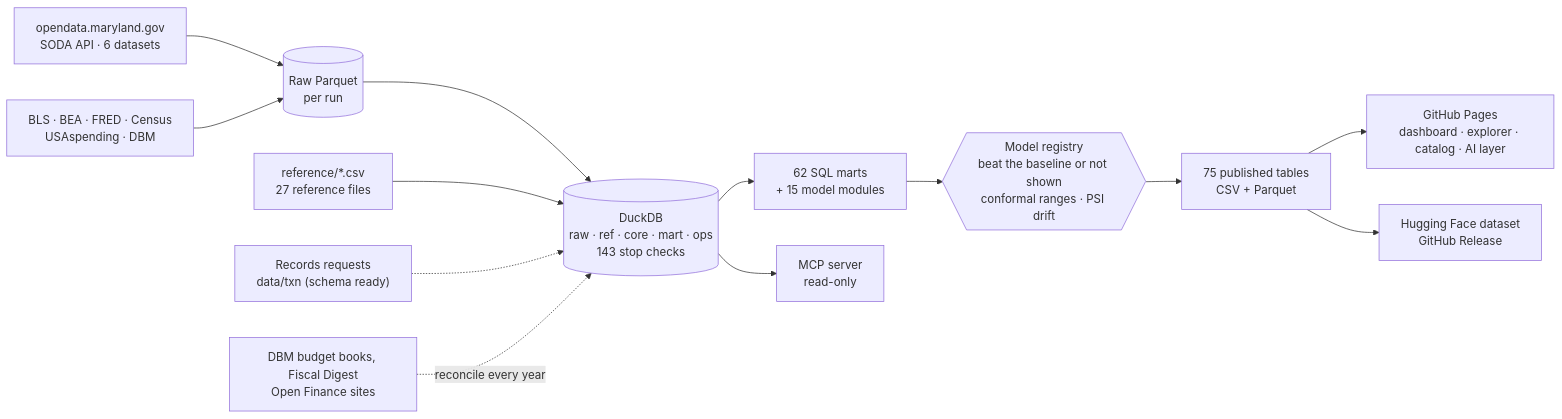
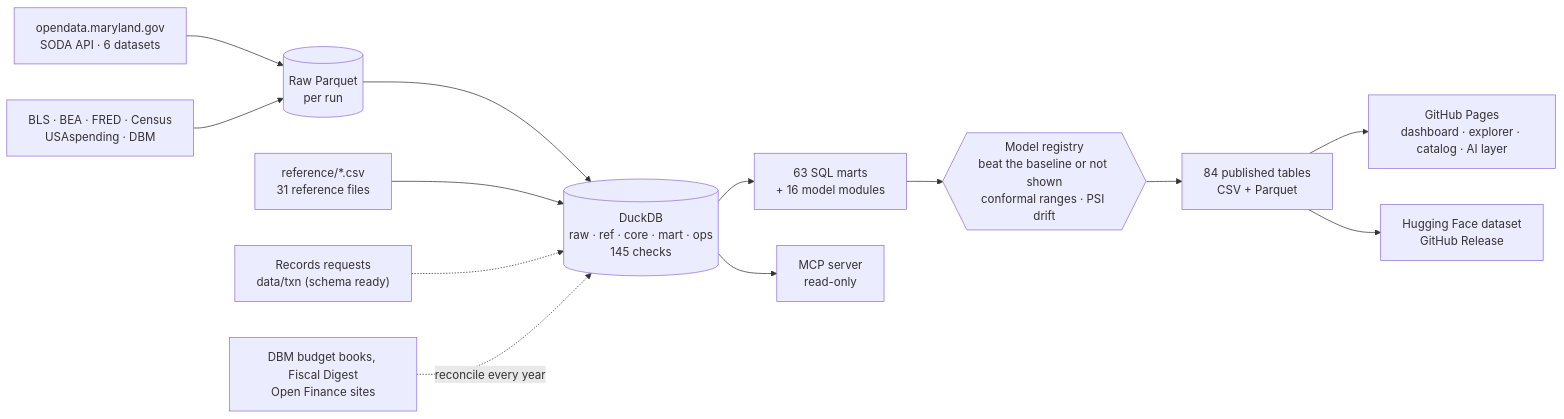
One commit to EVO3-Ecosystem/gmi-savings-tracker-v3 changed the diagram in docs/figures/readme/pipeline.mmd. Above: the diagram before and after it, drawn with Mermaid. The commit also changed 99 other files, not shown here.

```diff
--- a/docs/figures/readme/pipeline.mmd
+++ b/docs/figures/readme/pipeline.mmd
@@ -1,13 +1,13 @@
 flowchart LR
   A["opendata.maryland.gov<br/>SODA API · 6 datasets"] --> R[("Raw Parquet<br/>per run")]
   X["BLS · BEA · FRED · Census<br/>USAspending · DBM"] --> R
-  R --> D[("DuckDB<br/>raw · ref · core · mart · ops<br/>143 stop checks")]
-  F["reference/*.csv<br/>27 reference files"] --> D
+  R --> D[("DuckDB<br/>raw · ref · core · mart · ops<br/>145 checks")]
+  F["reference/*.csv<br/>31 reference files"] --> D
   T["Records requests<br/>data/txn (schema ready)"] -.-> D
-  D --> M["62 SQL marts<br/>+ 15 model modules"]
+  D --> M["63 SQL marts<br/>+ 16 model modules"]
   M --> G{{"Model registry<br/>beat the baseline or not shown<br/>conformal ranges · PSI drift"}}
-  G --> E["75 published tables<br/>CSV + Parquet"]
+  G --> E["84 published tables<br/>CSV + Parquet"]
   E --> W["GitHub Pages<br/>dashboard · explorer · catalog · AI layer"]
   E --> H["Hugging Face dataset<br/>GitHub Release"]
   D --> P["MCP server<br/>read-only"]
   V["DBM budget books, Fiscal Digest<br/>Open Finance sites"] -.reconcile every year.-> D
```
